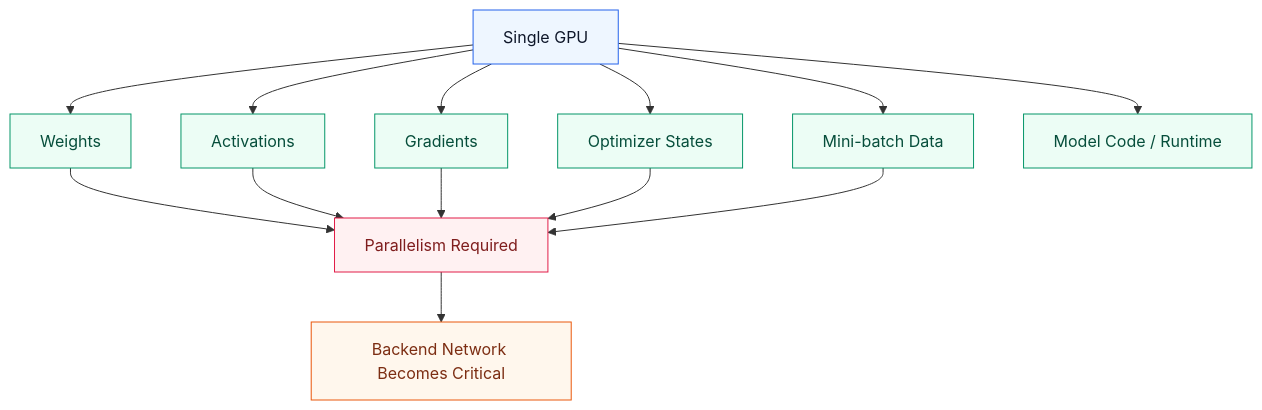
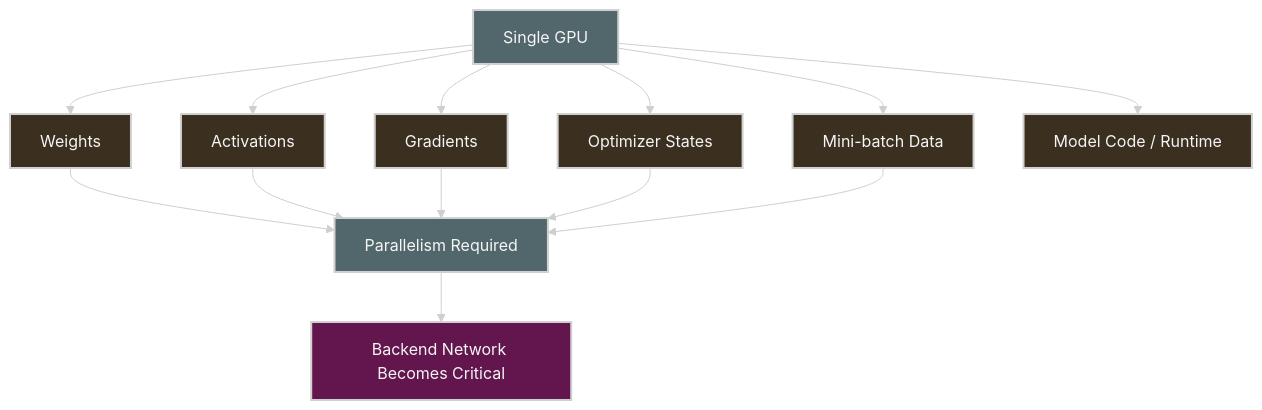
One commit to ziwon/ai-data-center-network changed the first of 12 diagrams in deep-learning-for-network-engineers/week03/README.md. Above: the diagram before and after it, drawn with Mermaid. The commit also changed other lines of this file and 35 other files, not shown here.

Commit message:
docs(mermaid): apply dark diagram style

````diff
--- a/deep-learning-for-network-engineers/week03/README.md
+++ b/deep-learning-for-network-engineers/week03/README.md
@@ -46,33 +46,34 @@
 ```mermaid
+%%{init: {"theme": "base", "themeVariables": {"background": "#171717", "primaryColor": "#232323", "primaryTextColor": "#f5f5f5", "primaryBorderColor": "#d0d0d0", "lineColor": "#cfcfcf", "fontFamily": "Inter, Arial, sans-serif"}}}%%
 flowchart TB
-    classDef gpu fill:#eef6ff,stroke:#2563eb,color:#0f172a
-    classDef mem fill:#ecfdf5,stroke:#059669,color:#064e3b
-    classDef net fill:#fff7ed,stroke:#ea580c,color:#7c2d12
-    classDef warn fill:#fff1f2,stroke:#e11d48,color:#7f1d1d
+    classDef gpu fill:#52676b,stroke:#d0d0d0,color:#f5f5f5,stroke-width:2px;
+    classDef mem fill:#3b2f20,stroke:#d0d0d0,color:#f5f5f5,stroke-width:2px;
+    classDef net fill:#62164d,stroke:#d0d0d0,color:#f5f5f5,stroke-width:2px;
+    classDef warn fill:#52676b,stroke:#d0d0d0,color:#f5f5f5,stroke-width:2px;
 
     GPU[Single GPU]:::gpu
 
     W[Weights]:::mem
     A[Activations]:::mem
     G[Gradients]:::mem
     O[Optimizer States]:::mem
     D[Mini-batch Data]:::mem
     C[Model Code / Runtime]:::mem
 
     GPU --> W
     GPU --> A
     GPU --> G
     GPU --> O
     GPU --> D
     GPU --> C
 
     P[Parallelism Required]:::warn
     N[Backend Network Becomes Critical]:::net
 
     W --> P
     A --> P
     G --> P
     O --> P
     D --> P
     P --> N
 ```
````
